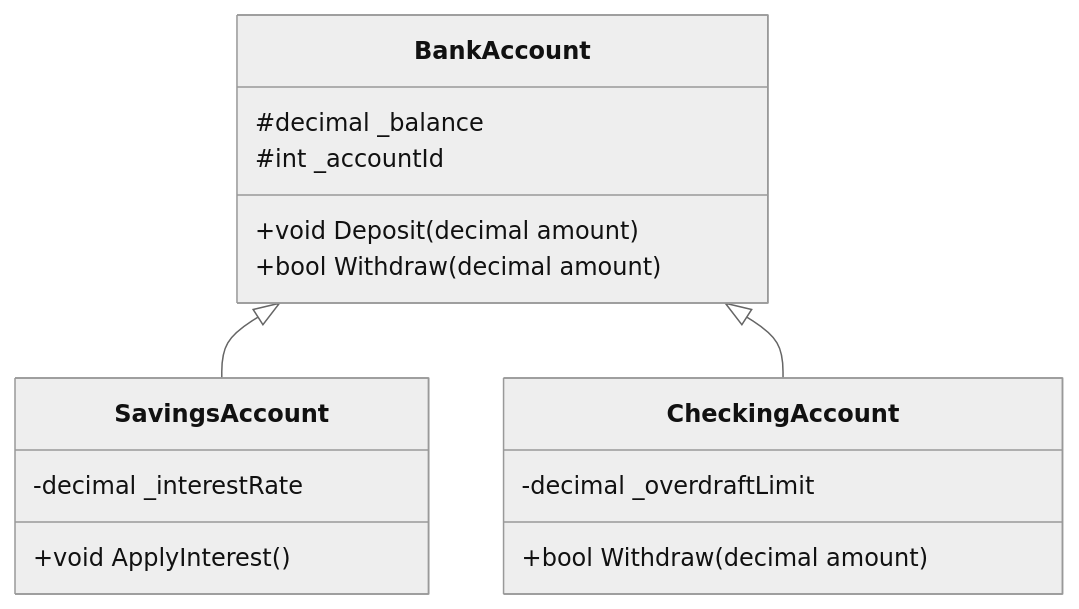
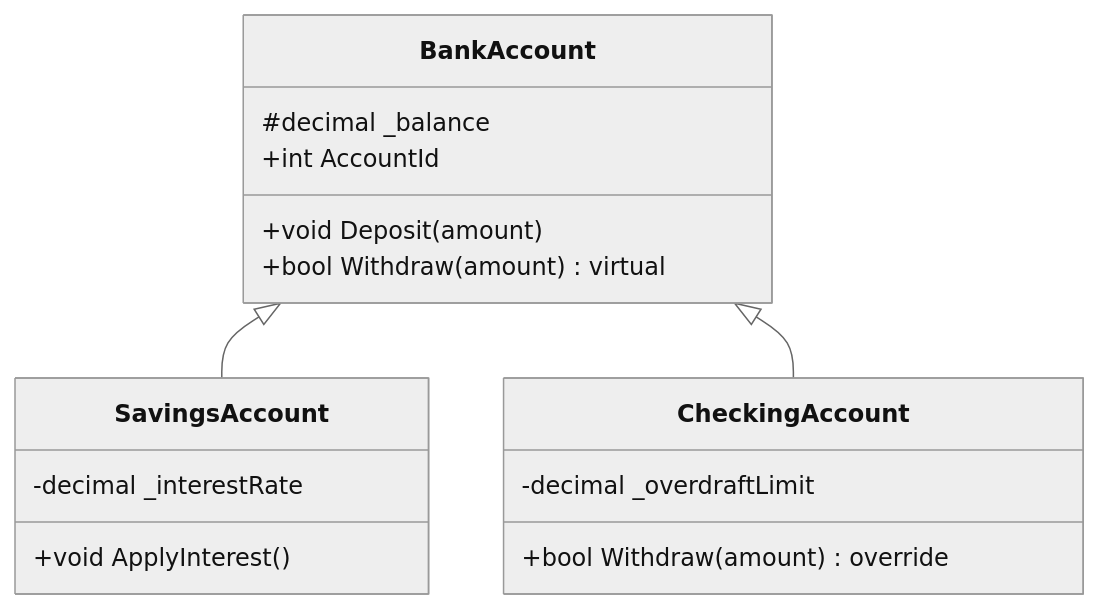
The diagram in 13_Inheritance/README.md (T-Boyke/C-Sharp-OOP-Fundamentals), drawn with Mermaid (neutral theme) before and after one commit. The commit also changed other lines of this file and 4 other files, not shown here.

````diff
--- a/13_Inheritance/README.md
+++ b/13_Inheritance/README.md
@@ -49,22 +22,22 @@
 ```mermaid
 classDiagram
     class BankAccount {
         #decimal _balance
-        #int _accountId
-        +void Deposit(decimal amount)
-        +bool Withdraw(decimal amount)
+        +int AccountId
+        +void Deposit(amount)
+        +bool Withdraw(amount) virtual
     }
 
     class SavingsAccount {
         -decimal _interestRate
         +void ApplyInterest()
     }
 
     class CheckingAccount {
         -decimal _overdraftLimit
-        +bool Withdraw(decimal amount)
+        +bool Withdraw(amount) override
     }
 
     BankAccount <|-- SavingsAccount
     BankAccount <|-- CheckingAccount
 ```
````
